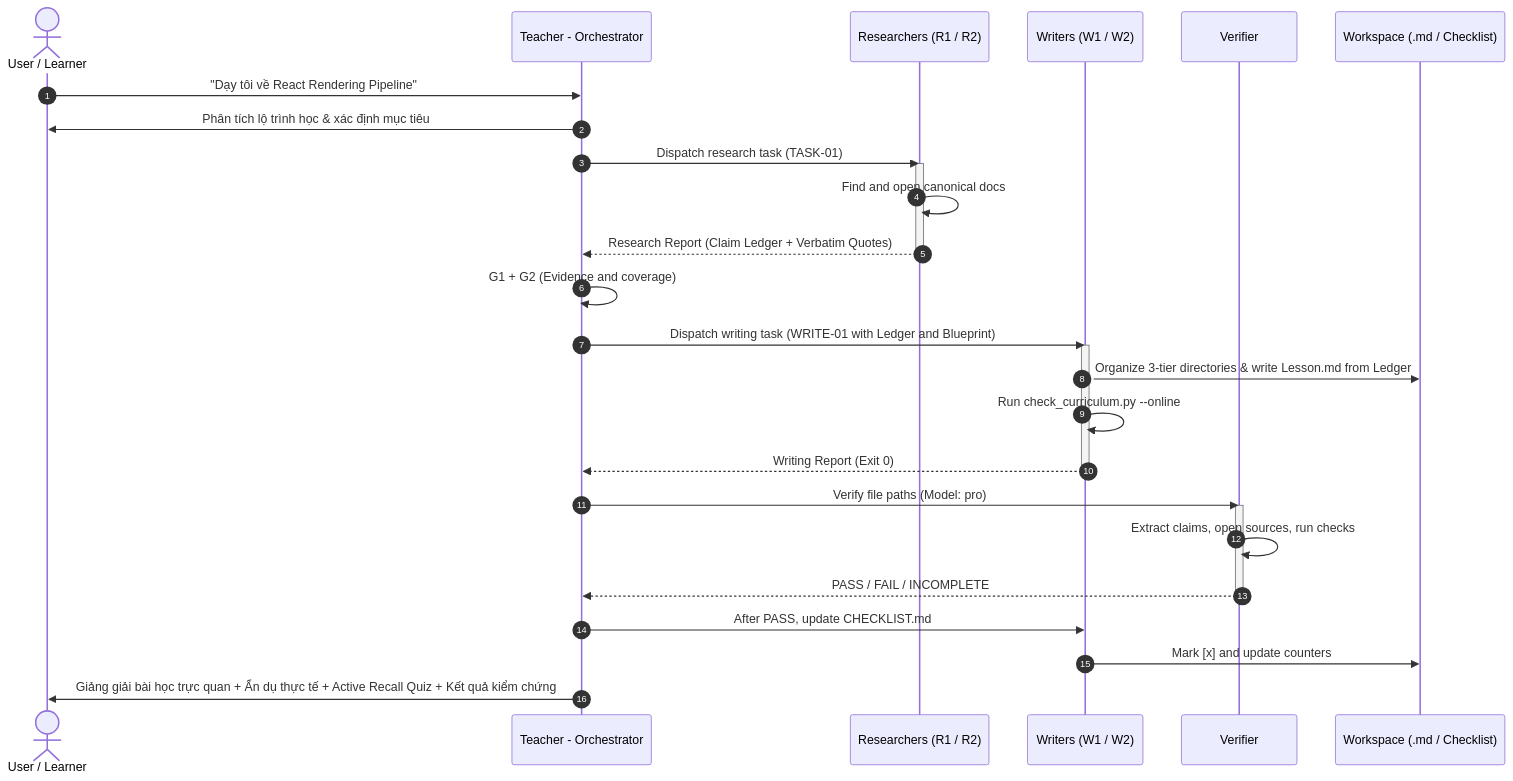
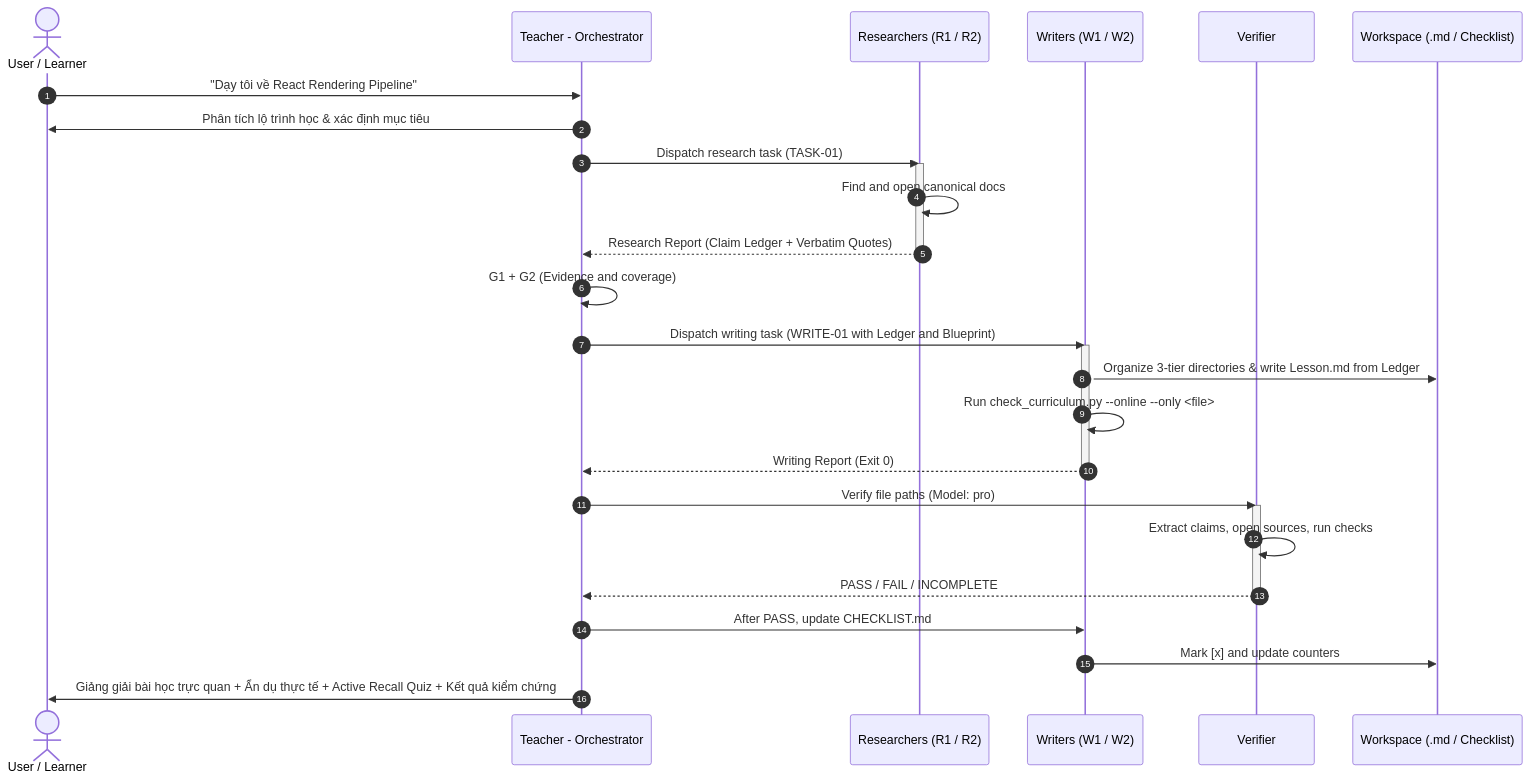
One commit to HelloMinh2122005/SelfLearn changed the diagram in .agents/agents/teacher-orchestrator.md. Above: the diagram before and after it, drawn with Mermaid. The commit also changed 148 other files, not shown here.

````diff
--- a/.agents/agents/teacher-orchestrator.md
+++ b/.agents/agents/teacher-orchestrator.md
@@ -145,33 +145,33 @@
 ```mermaid
 sequenceDiagram
     autonumber
     actor Learner as User / Learner
     participant Teacher as Teacher - Orchestrator
     participant R as Researchers (R1 / R2)
     participant W as Writers (W1 / W2)
     participant V as Verifier
     participant FS as Workspace (.md / Checklist)
 
     Learner->>Teacher: "Dạy tôi về React Rendering Pipeline"
     Teacher->>Learner: Phân tích lộ trình học & xác định mục tiêu
     Teacher->>R: Dispatch research task (TASK-01)
     activate R
     R->>R: Find and open canonical docs
     R-->>Teacher: Research Report (Claim Ledger + Verbatim Quotes)
     deactivate R
     Teacher->>Teacher: G1 + G2 (Evidence and coverage)
     Teacher->>W: Dispatch writing task (WRITE-01 with Ledger and Blueprint)
     activate W
     W->>FS: Organize 3-tier directories & write Lesson.md from Ledger
-    W->>W: Run check_curriculum.py --online
+    W->>W: Run check_curriculum.py --online --only <file>
     W-->>Teacher: Writing Report (Exit 0)
     deactivate W
     Teacher->>V: Verify file paths (Model: pro)
     activate V
     V->>V: Extract claims, open sources, run checks
     V-->>Teacher: PASS / FAIL / INCOMPLETE
     deactivate V
     Teacher->>W: After PASS, update CHECKLIST.md
     W->>FS: Mark [x] and update counters
     Teacher->>Learner: Giảng giải bài học trực quan + Ẩn dụ thực tế + Active Recall Quiz + Kết quả kiểm chứng
 ```
````
